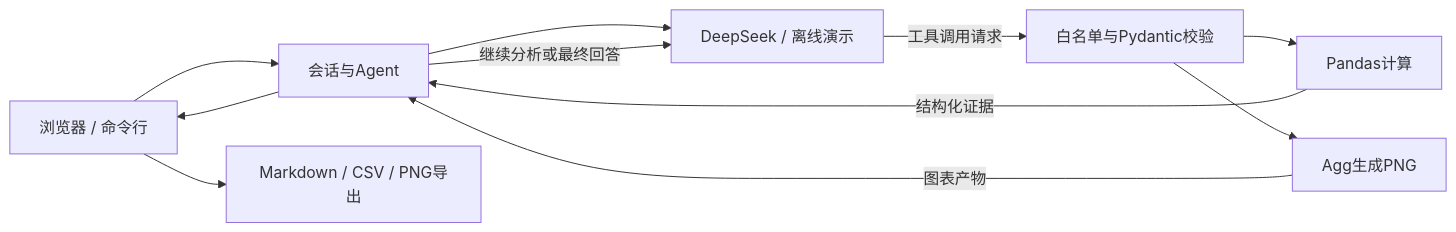
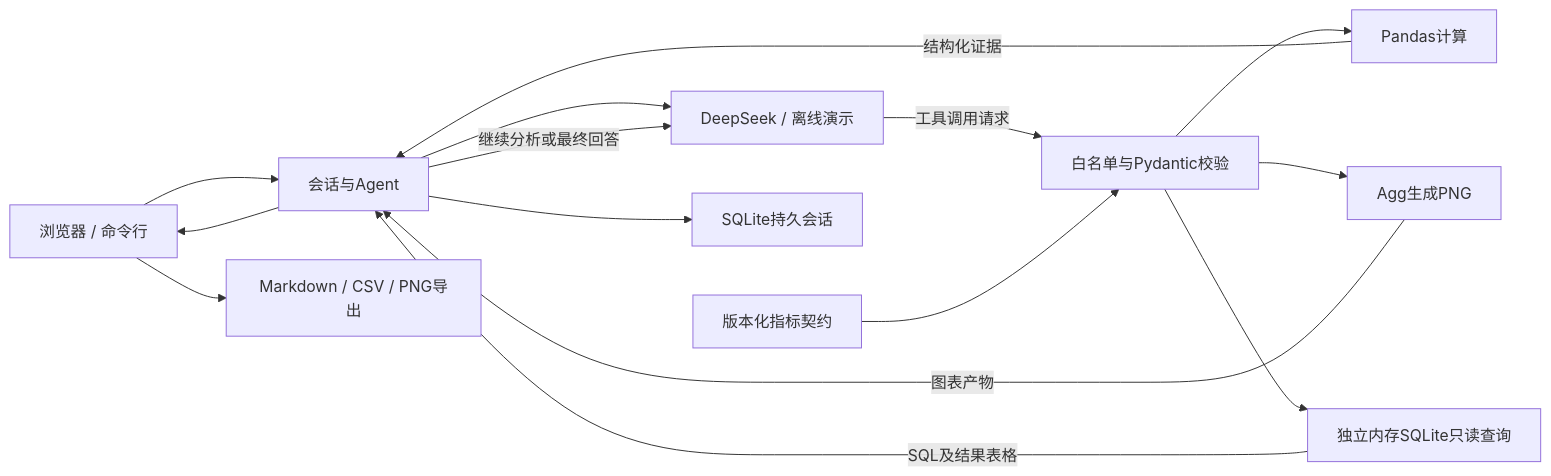
One commit to lihuipenf/DataPilot changed the diagram in docs/architecture.md. Above: the diagram before and after it, drawn with Mermaid. The commit also changed other lines of this file and 48 other files, not shown here.

````diff
--- a/docs/architecture.md
+++ b/docs/architecture.md
@@ -3,13 +3,17 @@
 ```mermaid
 flowchart LR
     UI[浏览器 / 命令行] --> Session[会话与Agent]
     Session --> Model[DeepSeek / 离线演示]
     Model -->|工具调用请求| Registry[白名单与Pydantic校验]
     Registry --> Data[Pandas计算]
     Registry --> Chart[Agg生成PNG]
+    Registry --> SQL[独立内存SQLite只读查询]
+    Metrics[版本化指标契约] --> Registry
     Data -->|结构化证据| Session
     Chart -->|图表产物| Session
+    SQL -->|SQL及结果表格| Session
+    Session --> Store[SQLite持久会话]
     Session -->|继续分析或最终回答| Model
     Session --> UI
     UI --> Export[Markdown / CSV / PNG导出]
 ```
````
